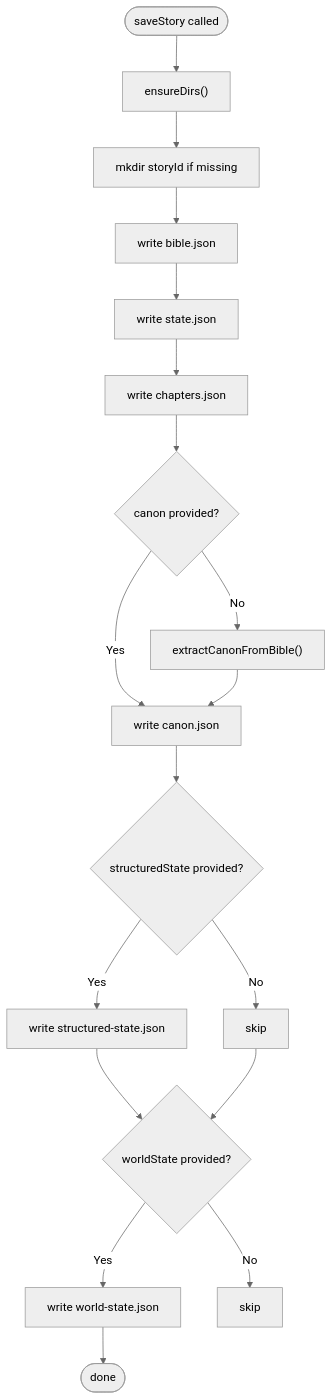
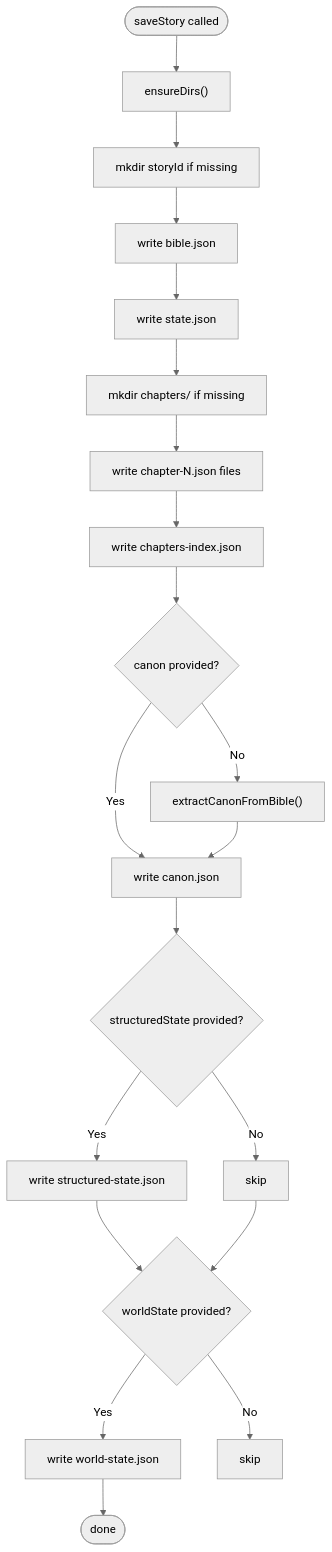
Before and after one commit to liwonder/NARRITIVE_OS: the third of 9 diagrams in .qoder/repowiki/en/content/Story Management System/Local Storage & Persistence.md, drawn with Mermaid (neutral theme). The commit also changed other lines of this file and 15 other files, not shown here.

````diff
--- a/.qoder/repowiki/en/content/Story Management System/Local Storage & Persistence.md
+++ b/.qoder/repowiki/en/content/Story Management System/Local Storage & Persistence.md
@@ -206,20 +219,22 @@
 ```mermaid
 flowchart TD
 Start(["saveStory called"]) --> Ensure["ensureDirs()"]
 Ensure --> MakeStoryDir["mkdir storyId if missing"]
 MakeStoryDir --> WriteBible["write bible.json"]
 WriteBible --> WriteState["write state.json"]
-WriteState --> WriteChapters["write chapters.json"]
-WriteChapters --> CanonCheck{"canon provided?"}
+WriteState --> MakeChaptersDir["mkdir chapters/ if missing"]
+MakeChaptersDir --> WriteIndividualChapters["write chapter-N.json files"]
+WriteIndividualChapters --> WriteIndex["write chapters-index.json"]
+WriteIndex --> CanonCheck{"canon provided?"}
 CanonCheck --> |Yes| WriteCanon["write canon.json"]
 CanonCheck --> |No| Extract["extractCanonFromBible()"]
 Extract --> WriteCanon
 WriteCanon --> StructuredCheck{"structuredState provided?"}
 StructuredCheck --> |Yes| WriteStructured["write structured-state.json"]
 StructuredCheck --> |No| SkipStructured["skip"]
 WriteStructured --> WorldCheck{"worldState provided?"}
 SkipStructured --> WorldCheck
 WorldCheck --> |Yes| WriteWorld["write world-state.json"]
 WorldCheck --> |No| SkipWorld["skip"]
 WriteWorld --> End(["done"])
 ```
````
